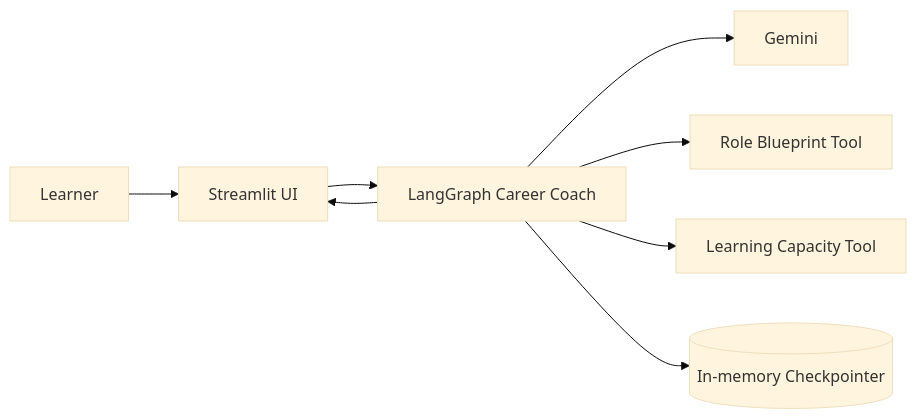
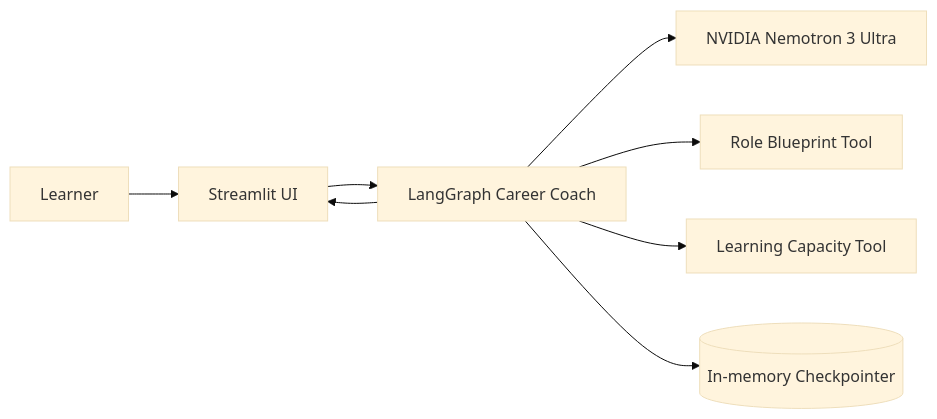
The first of 2 diagrams in docs/architecture.md (agileskool/ai-career-coach-agent), drawn with Mermaid (base theme) before and after one commit. The commit also changed other lines of this file, not shown here.

Commit message:
docs: update architecture for NVIDIA Nemotron

````diff
--- a/docs/architecture.md
+++ b/docs/architecture.md
@@ -5,10 +5,10 @@
 ```mermaid
 flowchart LR
     U[Learner] --> UI[Streamlit UI]
     UI --> G[LangGraph Career Coach]
-    G --> M[Gemini]
+    G --> M[NVIDIA Nemotron 3 Ultra]
     G --> RB[Role Blueprint Tool]
     G --> LC[Learning Capacity Tool]
     G --> C[(In-memory Checkpointer)]
     G --> UI
 ```
````
